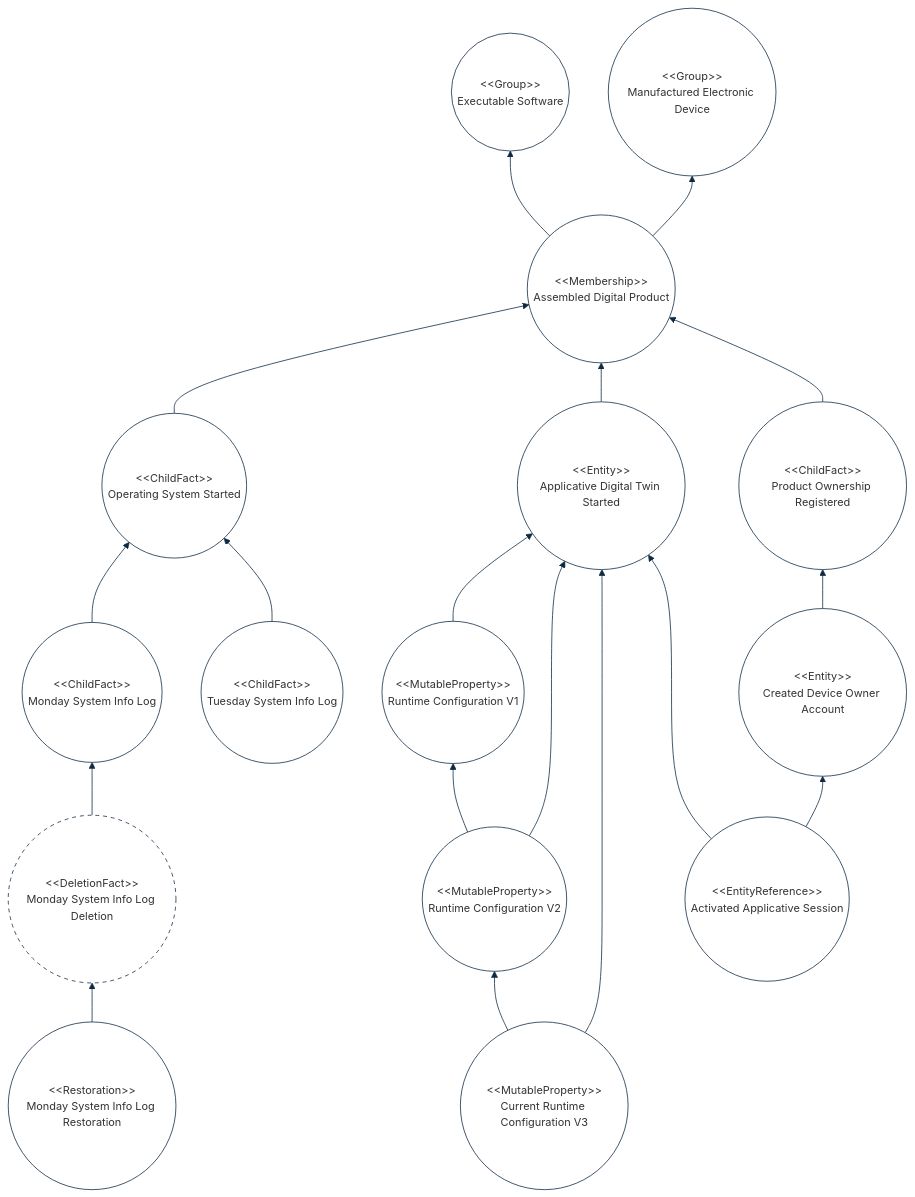
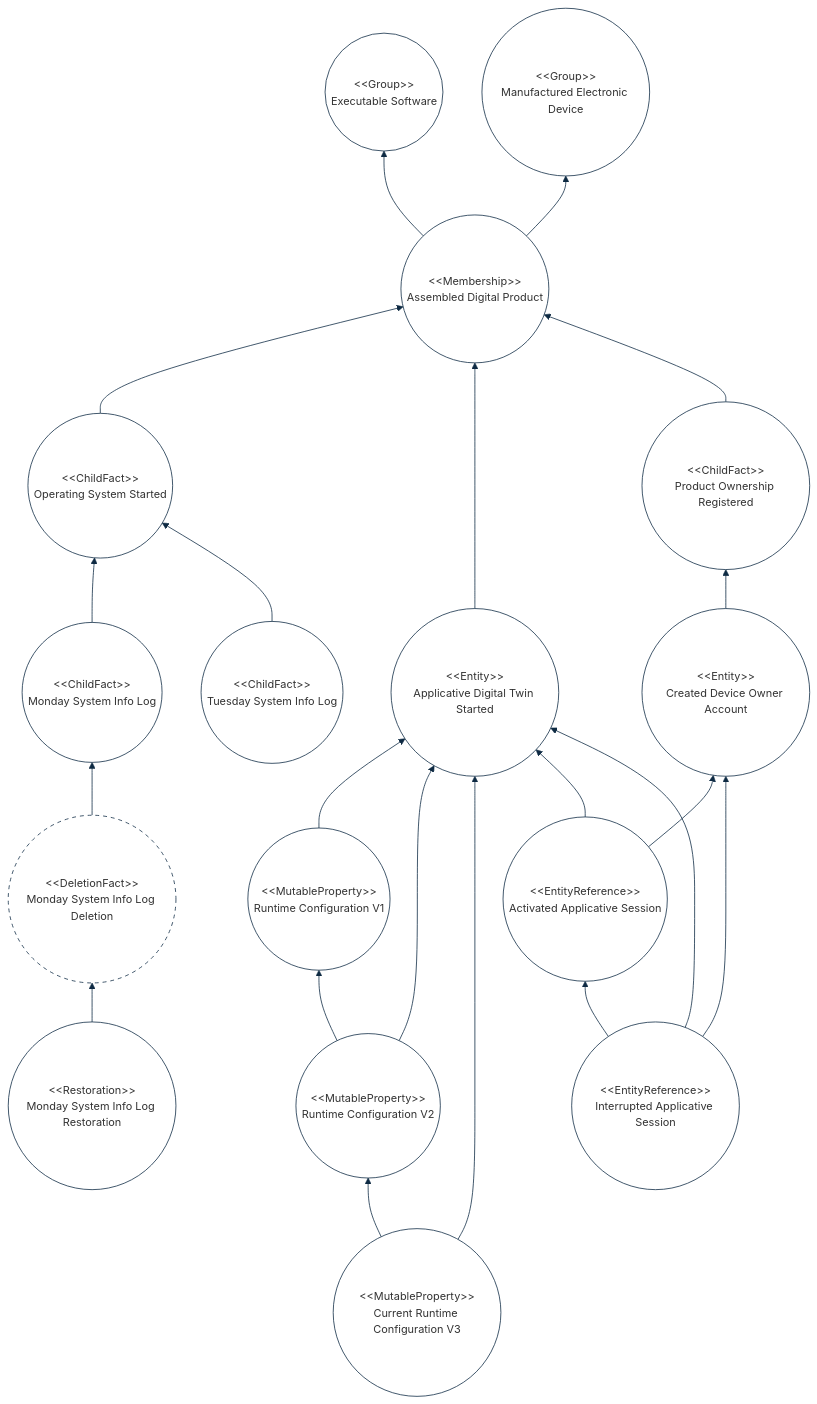
The second of 2 diagrams in implementations-line/framework/immutable/README.md (cybnity/foundation), drawn with Mermaid before and after one commit.

````diff
--- a/implementations-line/framework/immutable/README.md
+++ b/implementations-line/framework/immutable/README.md
@@ -134,41 +134,44 @@
 ```mermaid
 %%{
   init: {
     'theme': 'base',
     'themeVariables': {
         'background': '#ffffff',
         'fontFamily': 'arial',
         'fontSize': '14px',
         'primaryColor': '#fff',
         'primaryBorderColor': '#0e2a43',
         'secondaryBorderColor': '#0e2a43',
         'tertiaryBorderColor': '#0e2a43',
         'edgeLabelBackground':'#0e2a43',
         'lineColor': '#0e2a43',
         'tertiaryColor': '#fff'
     }
   }
 }%%
 flowchart BT
     software(("#60;#60;Group#62;#62;<br/>Executable Software"))
     electronicdevice(("#60;#60;Group#62;#62;<br/>Manufactured Electronic Device"))
     system(("#60;#60;Membership#62;#62;<br/>Assembled Digital Product")) --> software
     system --> electronicdevice
     os(("#60;#60;ChildFact#62;#62;<br/>Operating System Started")) --> system
     application(("#60;#60;Entity#62;#62;<br/>Applicative Digital Twin Started")) --> system
     systemlog1(("#60;#60;ChildFact#62;#62;<br/>Monday System Info Log")) --> os
     systemlog2(("#60;#60;ChildFact#62;#62;<br/>Tuesday System Info Log")) --> os
     systemlog1deletion(("#60;#60;DeletionFact#62;#62;<br/>Monday System Info Log Deletion")) --> systemlog1
     style systemlog1deletion stroke-dasharray: 5 5
     systemlog1restoration(("#60;#60;Restoration#62;#62;<br/>Monday System Info Log Restoration")) --> systemlog1deletion
     runtimeconfig(("#60;#60;MutableProperty#62;#62;<br/>Runtime Configuration V1")) --> application
     runtimeconfig2(("#60;#60;MutableProperty#62;#62;<br/>Runtime Configuration V2")) --> application
     runtimeconfig2 --> runtimeconfig
     runtimeconfig3(("#60;#60;MutableProperty#62;#62;<br/>Current Runtime Configuration V3")) --> application
     runtimeconfig3 --> runtimeconfig2
     purchasedDeviceRegistration(("#60;#60;ChildFact#62;#62;<br/>Product Ownership Registered")) --> system
     deviceOwnerAccount(("#60;#60;Entity#62;#62;<br/>Created Device Owner Account")) --> purchasedDeviceRegistration
     operatingSession(("#60;#60;EntityReference#62;#62;<br/>Activated Applicative Session")) --> deviceOwnerAccount
     operatingSession --> application
+    interruptedSession(("#60;#60;EntityReference#62;#62;<br/>Interrupted Applicative Session")) --> deviceOwnerAccount
+    interruptedSession --> application
+    interruptedSession --> operatingSession
 
 ```
````
